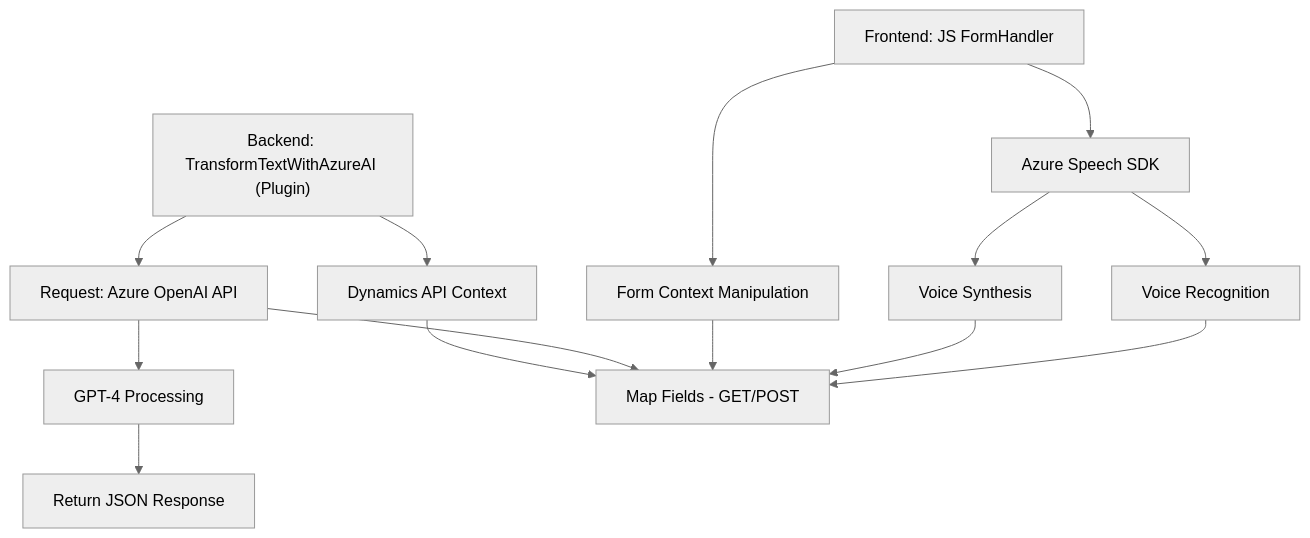
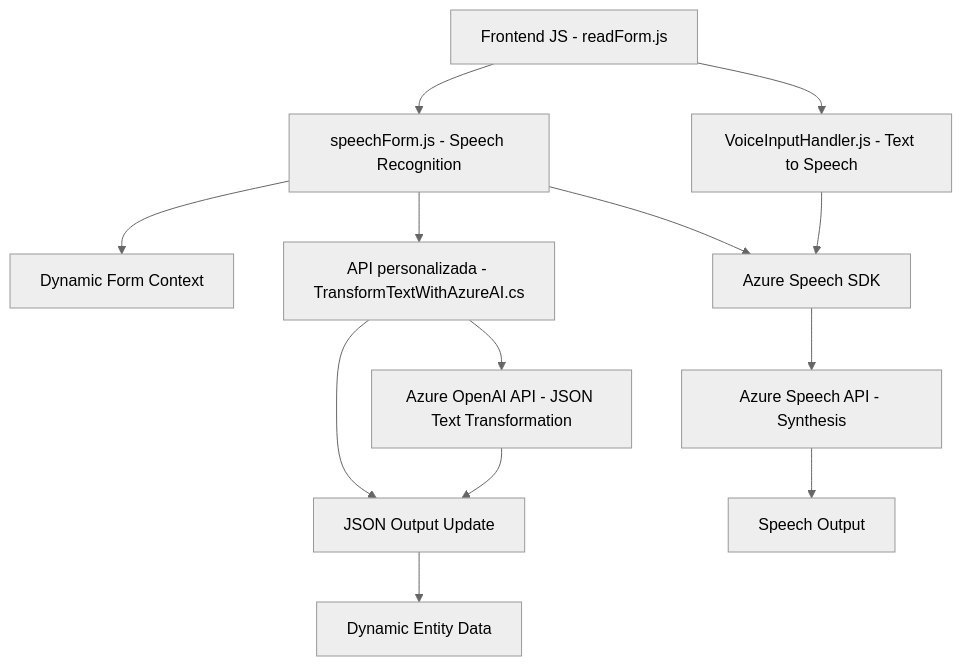
The diagram in README.md (blopezdm/NETCORE_BILBAO2025), drawn with Mermaid (neutral theme) before and after one commit. The commit also changed other lines of this file, not shown here.

````diff
--- a/README.md
+++ b/README.md
@@ -48,18 +31,18 @@
 ```mermaid
 graph TD
-A["Frontend: JS FormHandler"] --> B["Azure Speech SDK"]
-B --> C["Voice Recognition"]
-B --> D["Voice Synthesis"]
-A --> E["Form Context Manipulation"]
+A["Frontend JS - readForm.js"] --> B["VoiceInputHandler.js - Text to Speech"]
+A["Frontend JS - readForm.js"] --> C["speechForm.js - Speech Recognition"]
+C --> D["Dynamic Form Context"]
+C --> E["Azure Speech SDK"]
+B --> E["Azure Speech SDK"]
 
-F["Backend: TransformTextWithAzureAI (Plugin)"] --> G["Dynamics API Context"]
-F --> H["Request: Azure OpenAI API"]
-H --> I["GPT-4 Processing"]
-I --> J["Return JSON Response"]
+E --> F["Azure Speech API - Synthesis"]
 
-C --> K["Map Fields - GET/POST"]
-D --> K
-E --> K
-H --> K
-G --> K
+C --> G["API personalizada - TransformTextWithAzureAI.cs"]
+G --> H["Azure OpenAI API - JSON Text Transformation"]
+G --> I["Microsoft Dynamics CRM"]
+H --> I["JSON Output Update"]
+I --> J["Dynamic Entity Data"]
+
+F --> K["Speech Output"]
 ```
````
